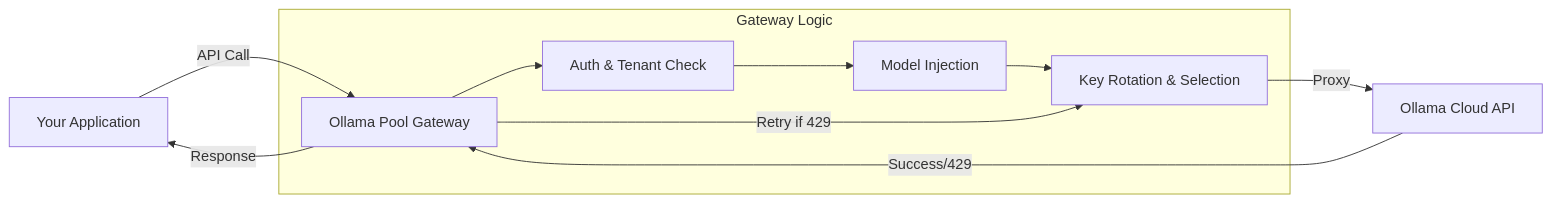
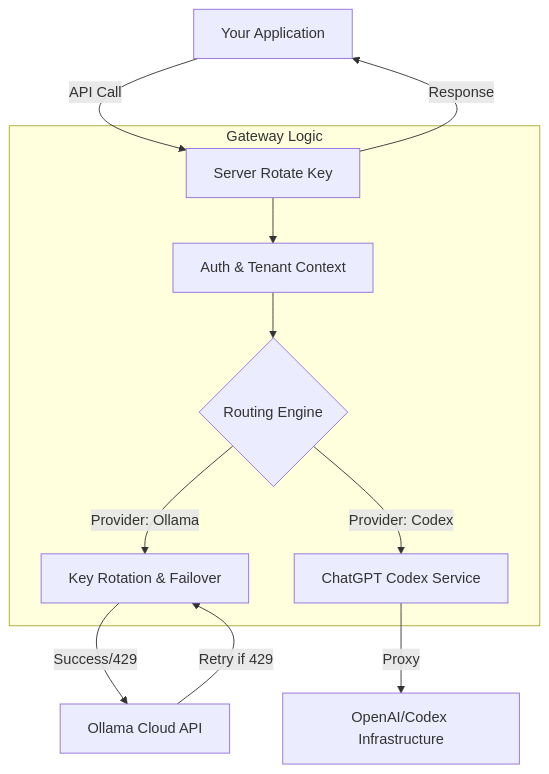
The diagram in README.md (Giuseph66/server-rotate-key), drawn with Mermaid before and after one commit. The commit also changed other lines of this file and 21 other files, not shown here.

Commit message:
feat: integrate Codex provider support and add dynamic usage mode switching to API documentation

````diff
--- a/README.md
+++ b/README.md
@@ -22,13 +21,14 @@
 ```mermaid
-graph LR
-    App[Your Application] -->|API Call| Gateway[Ollama Pool Gateway]
+graph TD
+    App[Your Application] -->|API Call| Gateway[Server Rotate Key]
     subgraph "Gateway Logic"
-        Gateway --> Auth[Auth & Tenant Check]
-        Auth --> Inject[Model Injection]
-        Inject --> Select[Key Rotation & Selection]
+        Gateway --> Auth[Auth & Tenant Context]
+        Auth --> Engine{Routing Engine}
+        Engine -->|Provider: Ollama| Rotation[Key Rotation & Failover]
+        Engine -->|Provider: Codex| ChatGPT[ChatGPT Codex Service]
     end
-    Select -->|Proxy| Ollama[Ollama Cloud API]
-    Ollama -->|Success/429| Gateway
-    Gateway -->|Retry if 429| Select
+    Rotation -->|Success/429| Ollama[Ollama Cloud API]
+    Ollama -->|Retry if 429| Rotation
+    ChatGPT -->|Proxy| OpenAI[OpenAI/Codex Infrastructure]
     Gateway -->|Response| App
 ```
````
